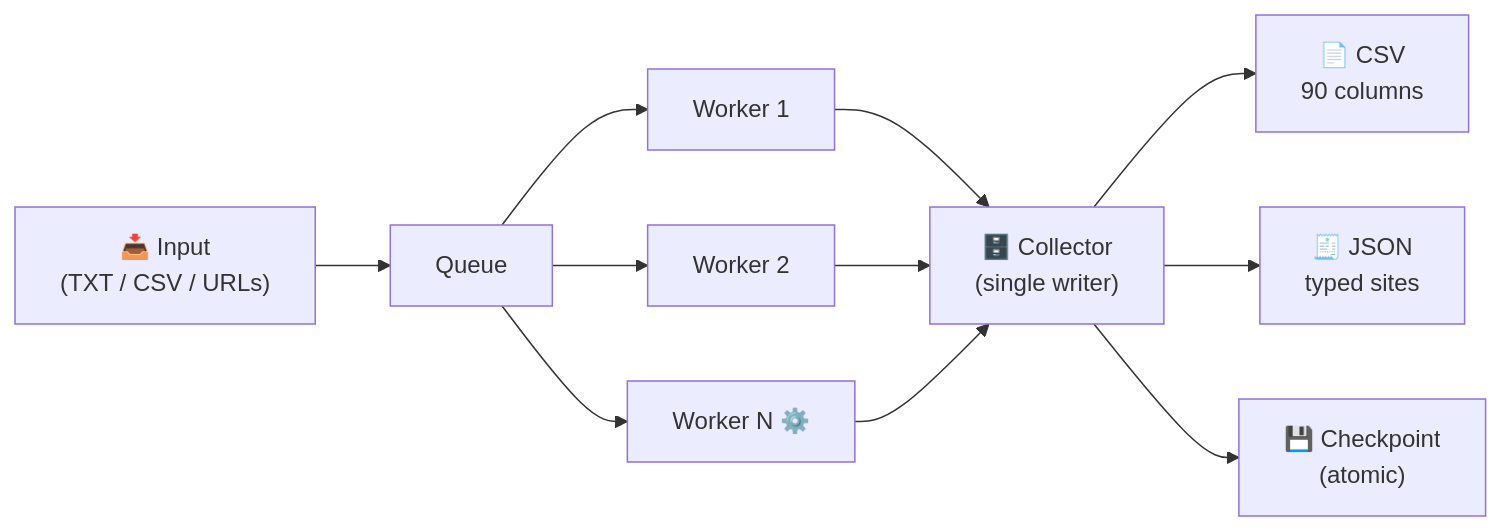
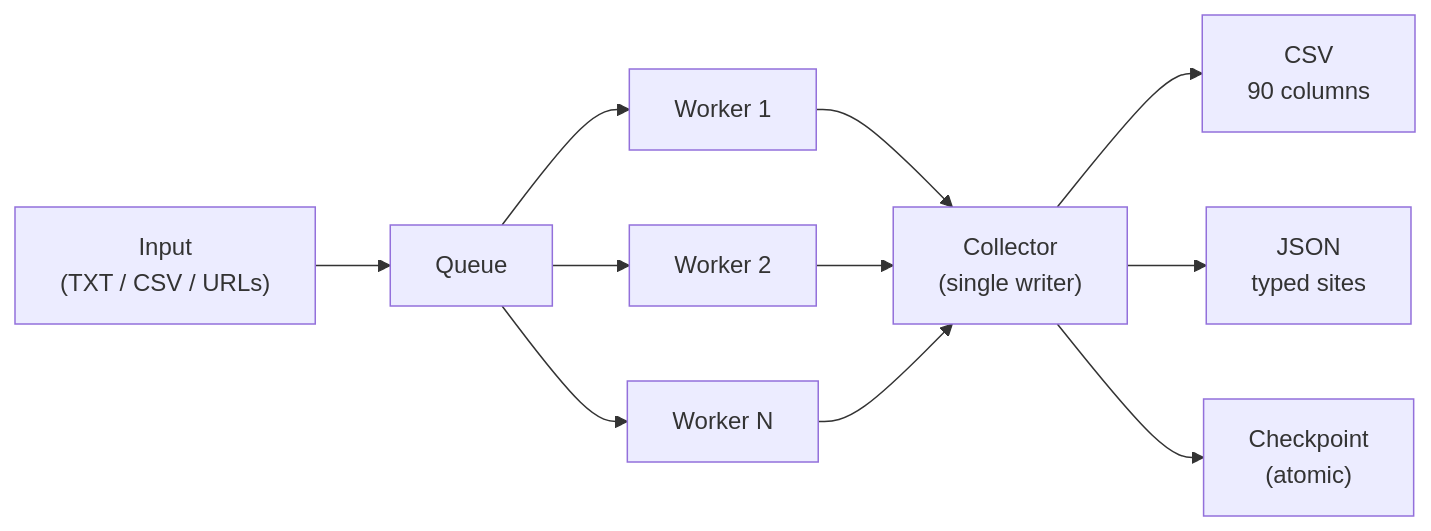
Before and after one commit to zaktecs-ai/every-site-scraping: the first of 4 diagrams in README.md, drawn with Mermaid. The commit also changed other lines of this file, not shown here.

Commit message:
Fix mermaid render: remove emojis/em-dashes/unicode arrows from all 4 diagrams (GitHub mermaid renderer intermittent failures)

````diff
--- a/README.md
+++ b/README.md
@@ -26,13 +26,13 @@
 ```mermaid
 flowchart LR
-    A["📥 Input<br/>(TXT / CSV / URLs)"] --> Q["Queue"]
+    A["Input<br/>(TXT / CSV / URLs)"] --> Q["Queue"]
     Q --> W1["Worker 1"]
     Q --> W2["Worker 2"]
-    Q --> WN["Worker N ⚙️"]
-    W1 --> C["🗄️ Collector<br/>(single writer)"]
+    Q --> WN["Worker N"]
+    W1 --> C["Collector<br/>(single writer)"]
     W2 --> C
     WN --> C
-    C --> CSV["📄 CSV<br/>90 columns"]
-    C --> JSON["🧾 JSON<br/>typed sites"]
-    C --> CP["💾 Checkpoint<br/>(atomic)"]
+    C --> CSV["CSV<br/>90 columns"]
+    C --> JSON["JSON<br/>typed sites"]
+    C --> CP["Checkpoint<br/>(atomic)"]
 ```
````
